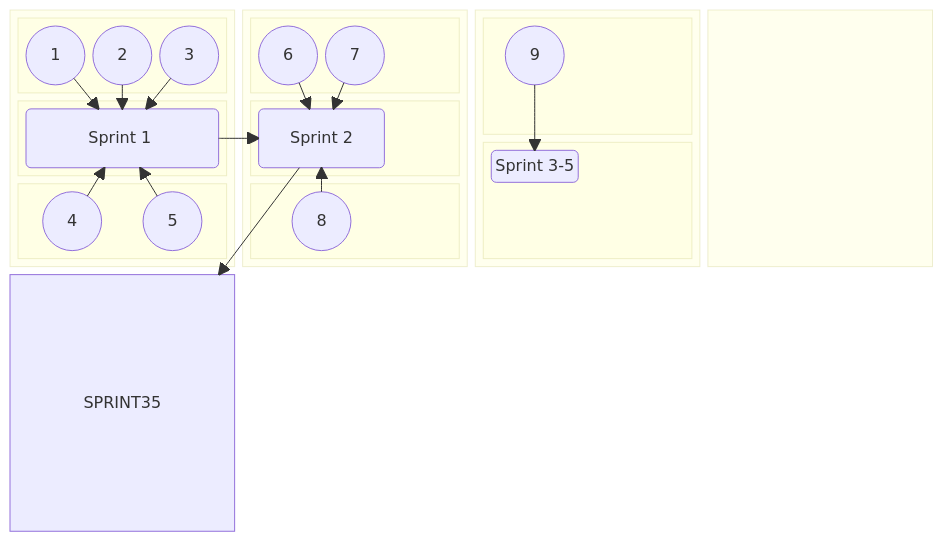
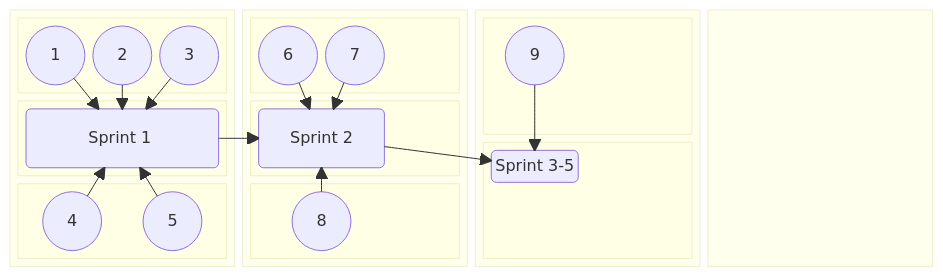
Before and after one commit to jdmedlock/mermaid_testing: the second of 2 diagrams in README.md, drawn with Mermaid.

Commit message:
Feature: Add annotations to test layout

````diff
--- a/README.md
+++ b/README.md
@@ -90,70 +90,70 @@
 ```mermaid
   block-beta
     columns 4
     block:B1:1
       columns 1
       block:B1TOP
         A1(("&nbsp;&nbsp;&nbsp; 1 &nbsp;&nbsp;&nbsp;"))
         A2(("&nbsp;&nbsp;&nbsp; 2 &nbsp;&nbsp;&nbsp;"))
         A3(("&nbsp;&nbsp;&nbsp; 3 &nbsp;&nbsp;&nbsp;"))
       end
       block:B1CENTER
         SPRINT1("Sprint 1&nbsp;")
       end
       block:B1BOTTOM
         A4(("&nbsp;&nbsp;&nbsp; 4 &nbsp;&nbsp;&nbsp;"))
         A5(("&nbsp;&nbsp;&nbsp; 5 &nbsp;&nbsp;&nbsp;"))
       end
       A1 ----> SPRINT1
       A2 ----> SPRINT1
       A3 ----> SPRINT1
       A4 ----> SPRINT1
       A5 ----> SPRINT1
     end
 
     block:B2:1
       columns 1
       block:B2TOP
         A6(("&nbsp;&nbsp;&nbsp; 6 &nbsp;&nbsp;&nbsp;"))
         A7(("&nbsp;&nbsp;&nbsp; 7 &nbsp;&nbsp;&nbsp;"))
       end
       block:B2CENTER
         SPRINT2("Sprint 2")
       end
       block:B2BOTTOM
         A8(("&nbsp;&nbsp;&nbsp; 8 &nbsp;&nbsp;&nbsp;"))
       end
       A6 ----> SPRINT2
       A7 ----> SPRINT2
       A8 ----> SPRINT2
     end
 
     block:B3:1
       columns 1
       block:B3TOP
         A9(("&nbsp;&nbsp;&nbsp; 9 &nbsp;&nbsp;&nbsp;"))
       end
       block:B3CENTER
         SPRINTS35("Sprint 3-5")
       end
 
       A9 ----> SPRINTS35
     end
 
     block:B4:1
       columns 1
       block:B3TOP
         A10(("&nbsp;&nbsp;&nbsp; 10 &nbsp;&nbsp;&nbsp;"))
       end
       block:B3CENTER
         SPRINT6("Sprint 6")
       end
 
       A10 ----> SPRINT6
     end
 
     SPRINT1 --> SPRINT2
-    SPRINT2 --> SPRINT35
-    SPRINT35 --> SPRINT6
+    SPRINT2 --> SPRINTS35
+    SPRINTS35 --> SPRINT6
 
 ```
````
